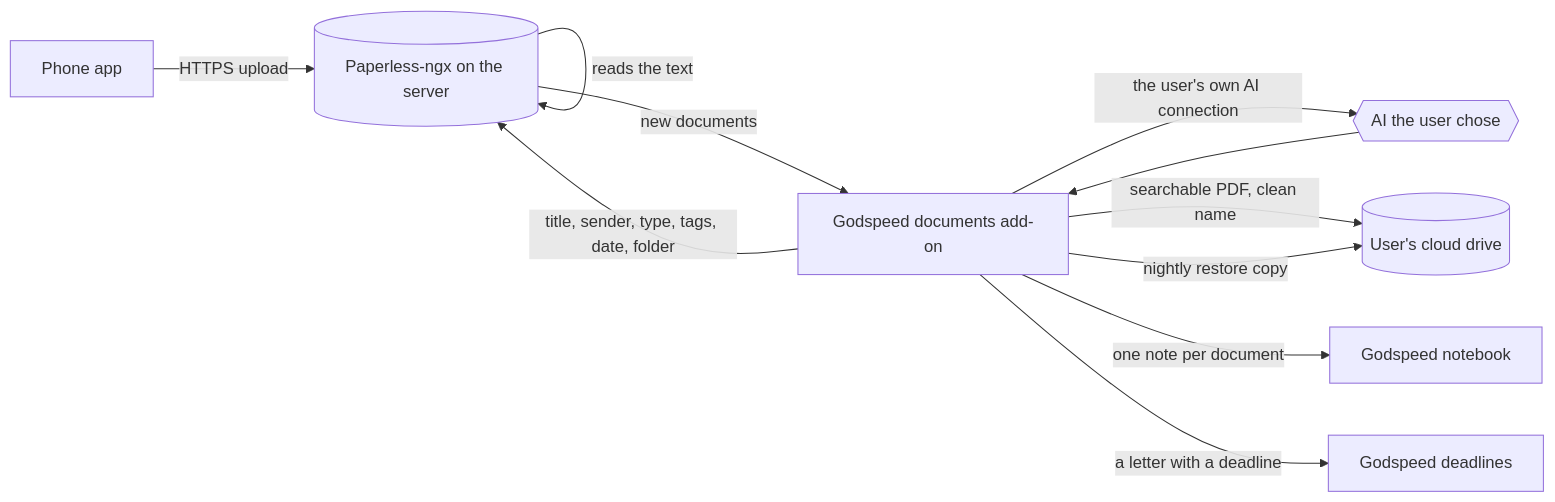
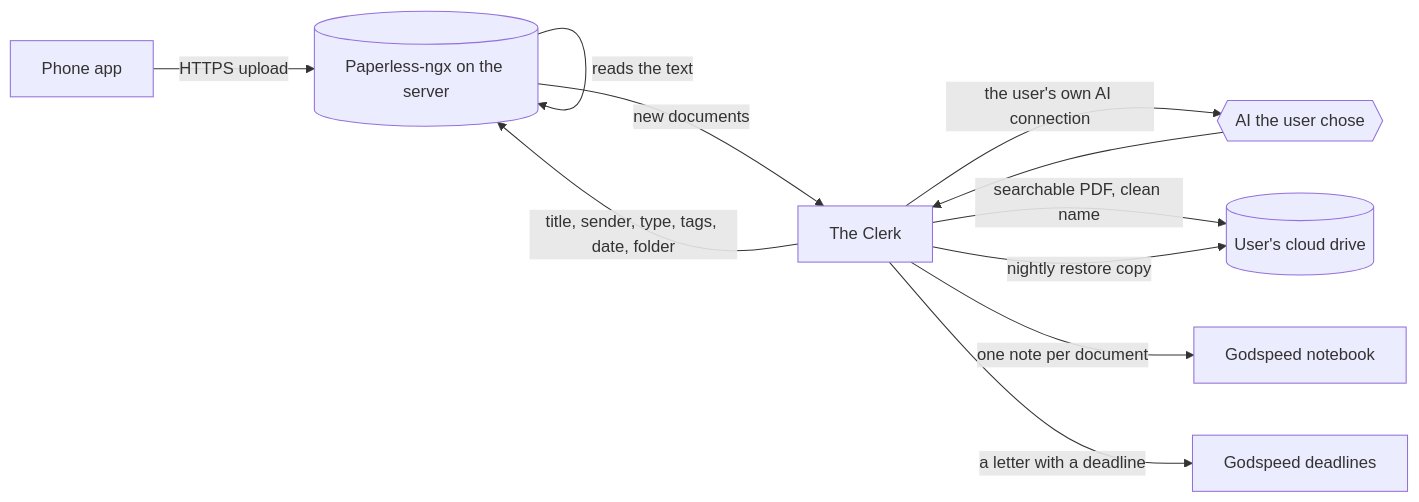
Before and after one commit to MichaelZelbel/godspeed-mission-control: the diagram in docs/proposals/paperless-addon.md, drawn with Mermaid. The commit also changed other lines of this file, not shown here.

Commit message:
Proposal: The Clerk, all open questions answered

````diff
--- a/docs/proposals/paperless-addon.md
+++ b/docs/proposals/paperless-addon.md
@@ -102,13 +102,13 @@
 ```mermaid
 flowchart LR
   P[Phone app] -->|HTTPS upload| PL[(Paperless-ngx on the server)]
   PL -->|reads the text| PL
-  PL -->|new documents| G[Godspeed documents add-on]
+  PL -->|new documents| G[The Clerk]
   G -->|the user's own AI connection| AI{{AI the user chose}}
   AI --> G
   G -->|title, sender, type, tags, date, folder| PL
   G -->|searchable PDF, clean name| CD[(User's cloud drive)]
   G -->|nightly restore copy| CD
   G -->|one note per document| N[Godspeed notebook]
   G -->|a letter with a deadline| D[Godspeed deadlines]
 ```
````
